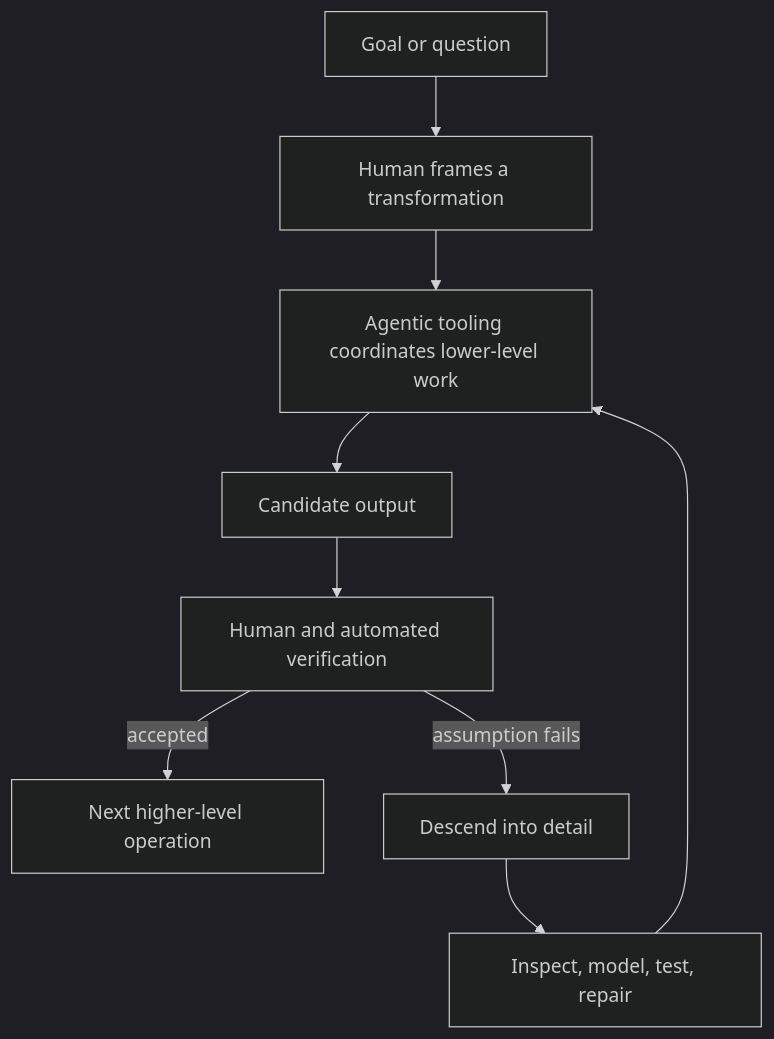
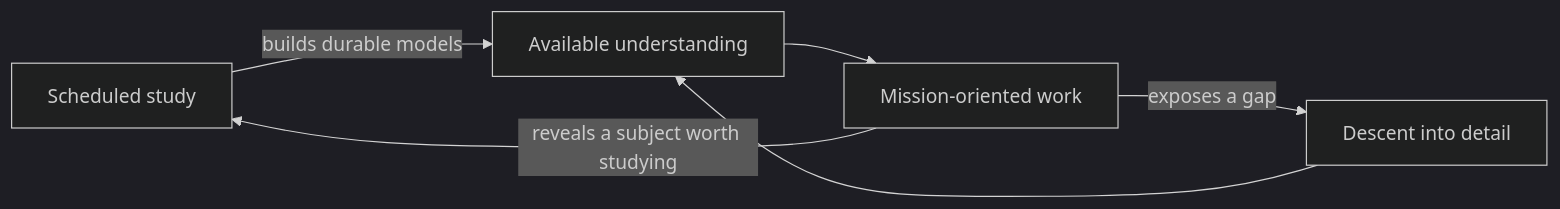
One commit to rajp152k/rajp152k.github.io changed the diagram in content/posts/cognitive-work-at-higher-layers/canvas.md. Above: the diagram before and after it, drawn with Mermaid (dark theme). The commit also changed other lines of this file and 4 other files, not shown here.

Commit message:
Publish cognitive work at higher layers

````diff
--- a/content/posts/cognitive-work-at-higher-layers/canvas.md
+++ b/content/posts/cognitive-work-at-higher-layers/canvas.md
@@ -55,11 +26,8 @@
 ```mermaid
-graph TD
-  G[Goal or question] --> H[Human frames a transformation]
-  H --> T[Agentic tooling coordinates lower-level work]
-  T --> O[Candidate output]
-  O --> V[Human and automated verification]
-  V -->|accepted| N[Next higher-level operation]
-  V -->|assumption fails| D[Descend into detail]
-  D --> I[Inspect, model, test, repair]
-  I --> T
+graph LR
+  S[Scheduled study] -->|builds durable models| K[Available understanding]
+  K --> M[Mission-oriented work]
+  M -->|exposes a gap| D[Descent into detail]
+  D --> K
+  M -->|reveals a subject worth studying| S
 ```
````
